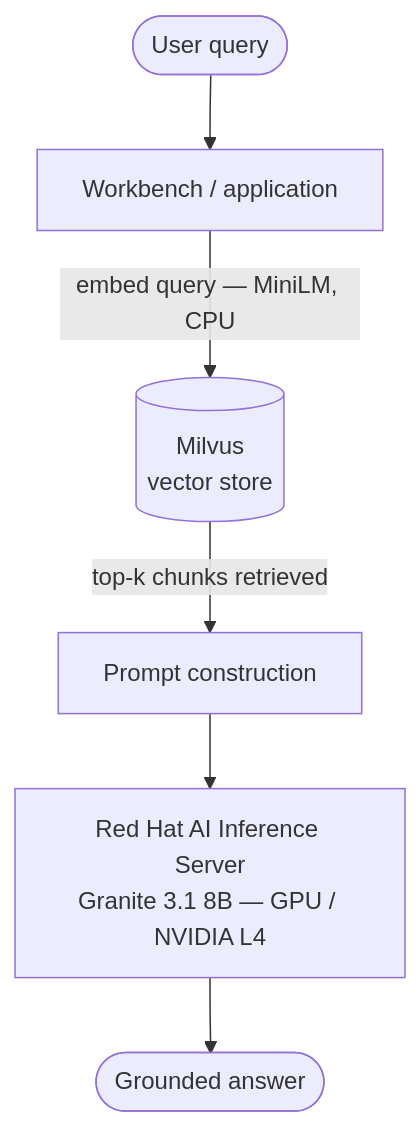
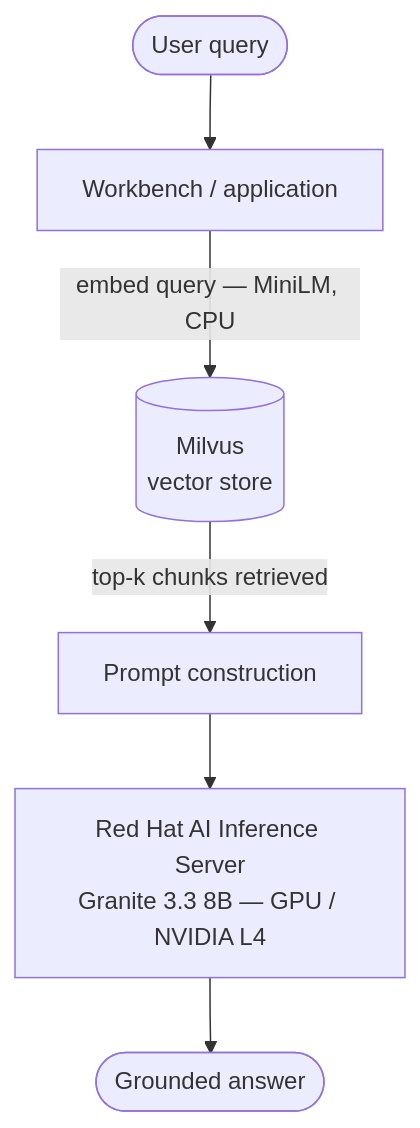
The first of 2 diagrams in 01-sovereign-rag/README.md (Deim0s13/rhoai), drawn with Mermaid before and after one commit. The commit also changed other lines of this file and 1 other file, not shown here.

````diff
--- a/01-sovereign-rag/README.md
+++ b/01-sovereign-rag/README.md
@@ -28,8 +29,8 @@
 ```mermaid
 flowchart TD
     A([User query]) --> B[Workbench / application]
     B -->|embed query — MiniLM, CPU| C[(Milvus\nvector store)]
     C -->|top-k chunks retrieved| D[Prompt construction]
-    D --> E[Red Hat AI Inference Server\nGranite 3.1 8B — GPU / NVIDIA L4]
+    D --> E[Red Hat AI Inference Server\nGranite 3.3 8B — GPU / NVIDIA L4]
     E --> F([Grounded answer])
 ```
````
